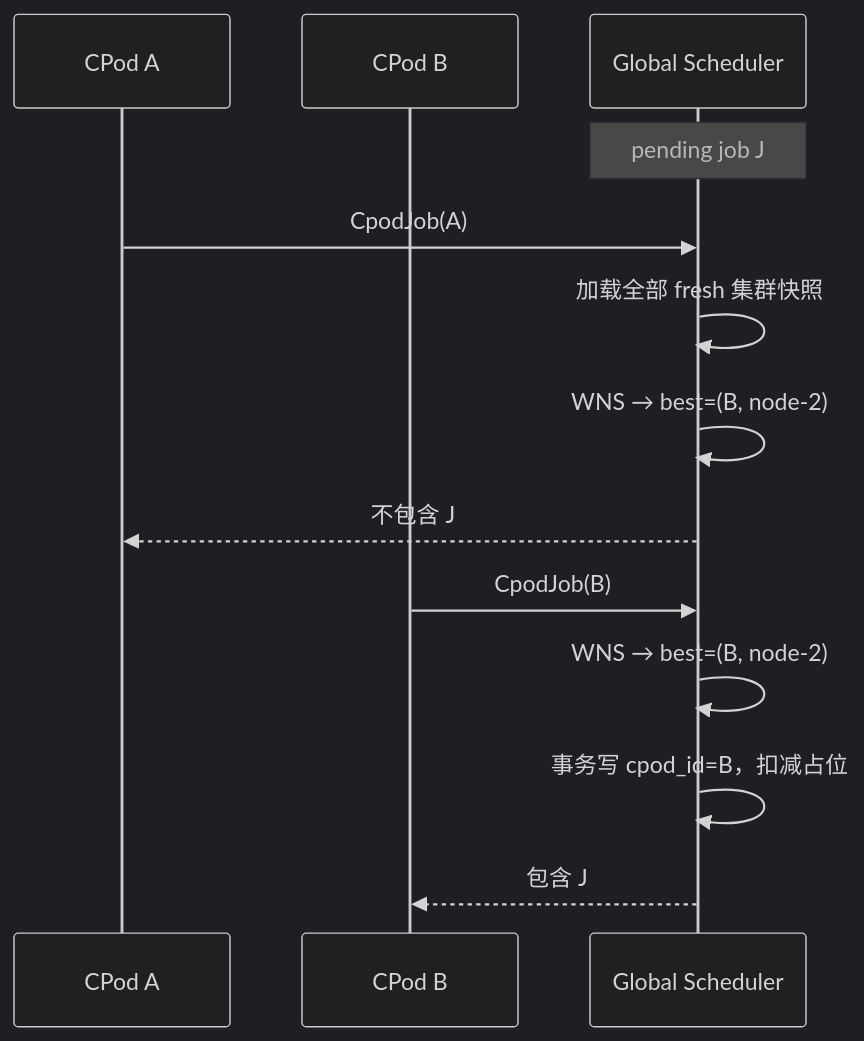
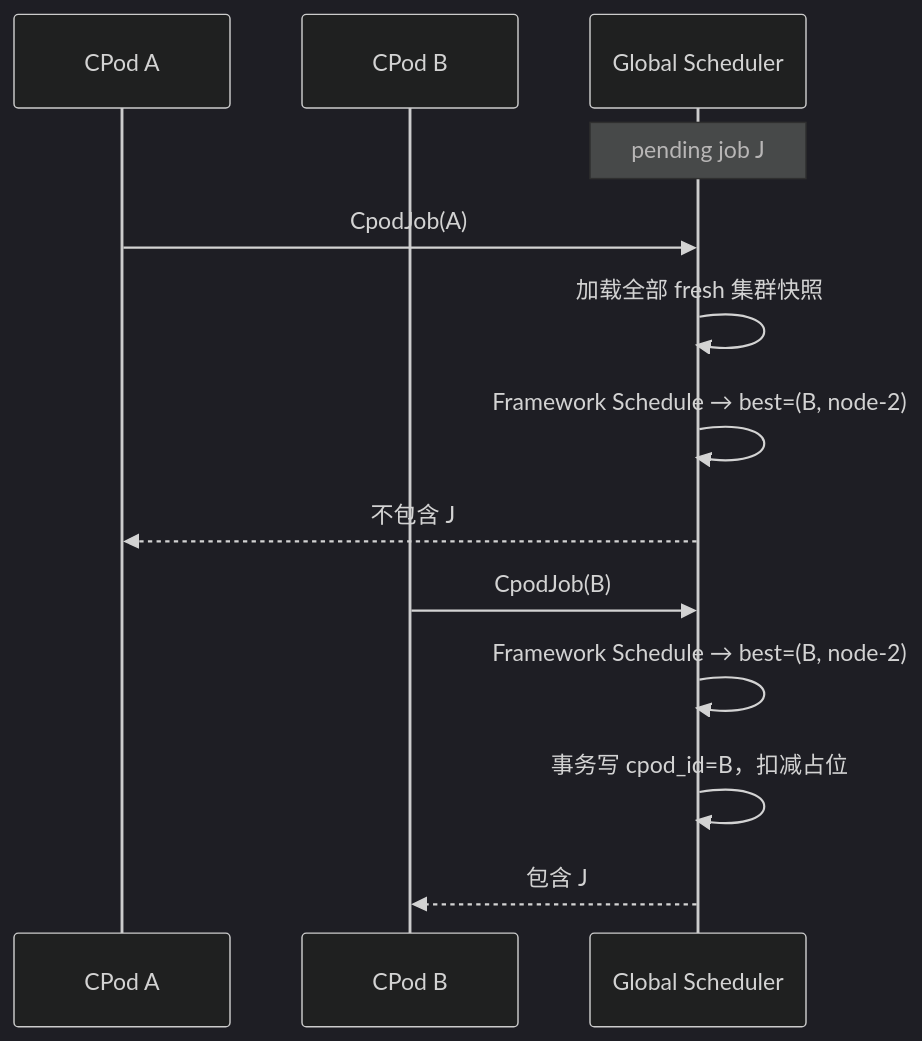
One commit to justicezyx/3k changed the third of 3 diagrams in docs/GLOBAL_SCHEDULER_SCORING.md. Above: the diagram before and after it, drawn with Mermaid (dark theme). The commit also changed other lines of this file and 8 other files, not shown here.

````diff
--- a/docs/GLOBAL_SCHEDULER_SCORING.md
+++ b/docs/GLOBAL_SCHEDULER_SCORING.md
@@ -133,16 +159,16 @@
 ```mermaid
 sequenceDiagram
   participant CPodA as CPod A
   participant CPodB as CPod B
   participant GS as Global Scheduler
 
   Note over GS: pending job J
   CPodA->>GS: CpodJob(A)
   GS->>GS: 加载全部 fresh 集群快照
-  GS->>GS: WNS → best=(B, node-2)
+  GS->>GS: Framework Schedule → best=(B, node-2)
   GS-->>CPodA: 不包含 J
   CPodB->>GS: CpodJob(B)
-  GS->>GS: WNS → best=(B, node-2)
+  GS->>GS: Framework Schedule → best=(B, node-2)
   GS->>GS: 事务写 cpod_id=B，扣减占位
   GS-->>CPodB: 包含 J
 ```
````
